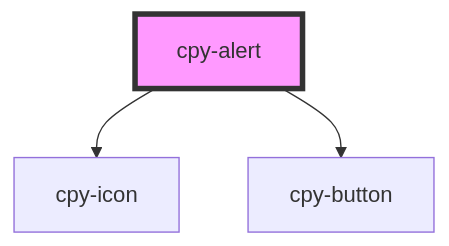
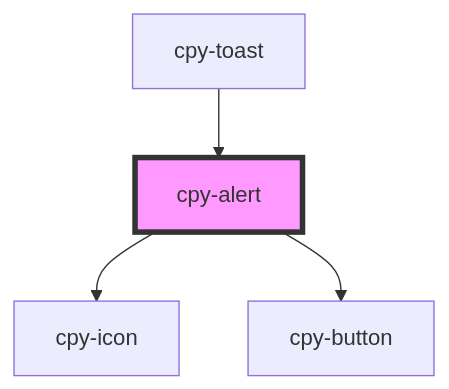
One commit to Lith1um/Canopy-Stencil changed the diagram in stencil-lib/src/components/alert/readme.md. Above: the diagram before and after it, drawn with Mermaid. The commit also changed other lines of this file and 17 other files, not shown here.

````diff
--- a/stencil-lib/src/components/alert/readme.md
+++ b/stencil-lib/src/components/alert/readme.md
@@ -34,6 +38,7 @@
 ```mermaid
 graph TD;
   cpy-alert --> cpy-icon
   cpy-alert --> cpy-button
+  cpy-toast --> cpy-alert
   style cpy-alert fill:#f9f,stroke:#333,stroke-width:4px
 ```
````
